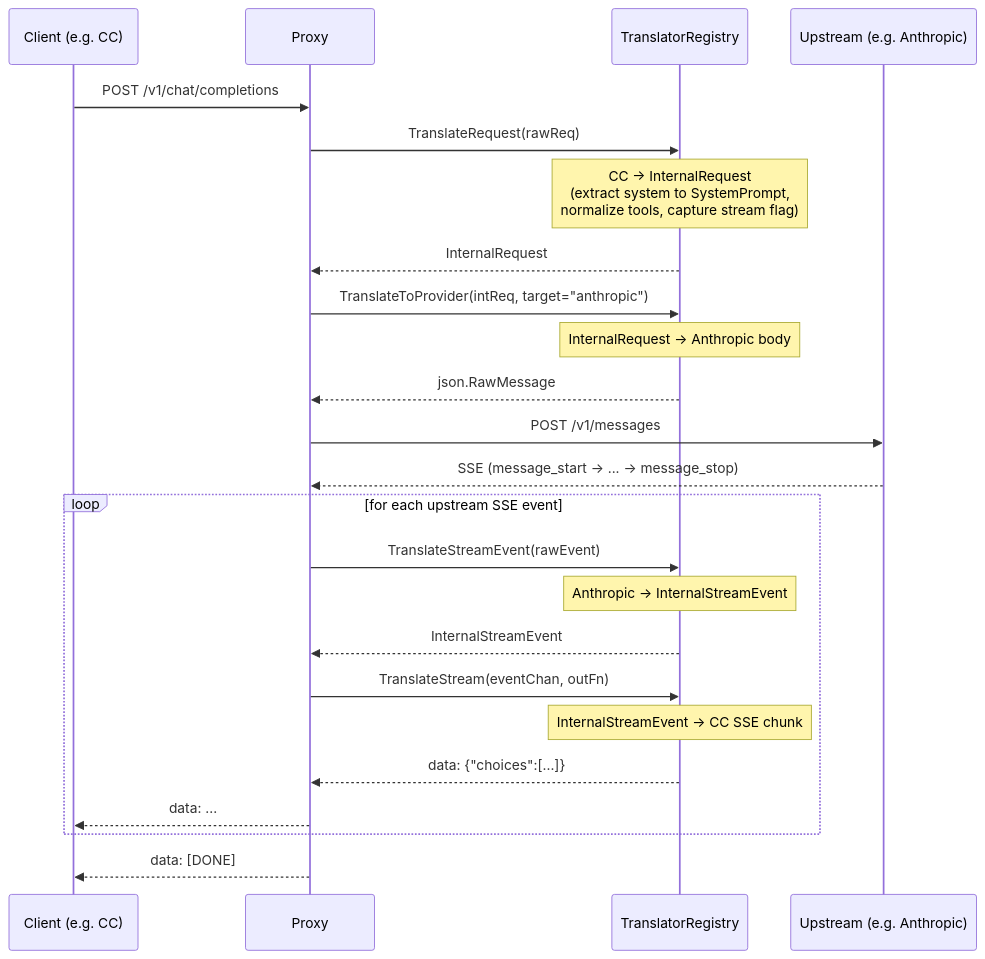
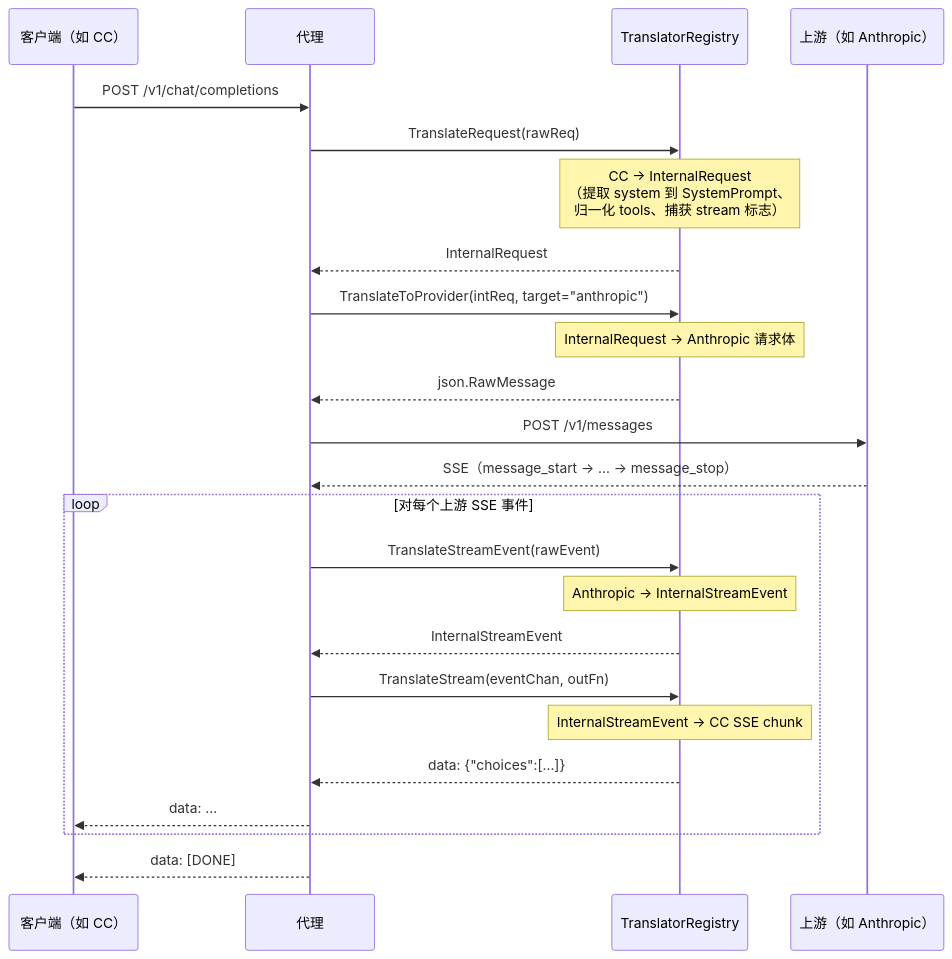
The third of 8 diagrams in docs/REQUEST_LIFECYCLE.md (yejinlei/agent-proxy), drawn with Mermaid before and after one commit. The commit also changed other lines of this file and 5 other files, not shown here.

Commit message:
docs: fix mermaid quote escaping in 4 Chinese docs + interactive HTML zh

````diff
--- a/docs/REQUEST_LIFECYCLE.md
+++ b/docs/REQUEST_LIFECYCLE.md
@@ -90,30 +90,30 @@
 ```mermaid
 sequenceDiagram
-    participant C as Client (e.g. CC)
-    participant P as Proxy
+    participant C as 客户端（如 CC）
+    participant P as 代理
     participant T as TranslatorRegistry
-    participant U as Upstream (e.g. Anthropic)
+    participant U as 上游（如 Anthropic）
 
     C->>P: POST /v1/chat/completions
     P->>T: TranslateRequest(rawReq)
-    Note over T: CC → InternalRequest<br/>(extract system to SystemPrompt,<br/>normalize tools, capture stream flag)
+    Note over T: CC → InternalRequest<br/>（提取 system 到 SystemPrompt、<br/>归一化 tools、捕获 stream 标志）
     T-->>P: InternalRequest
 
     P->>T: TranslateToProvider(intReq, target="anthropic")
-    Note over T: InternalRequest → Anthropic body
+    Note over T: InternalRequest → Anthropic 请求体
     T-->>P: json.RawMessage
 
     P->>U: POST /v1/messages
-    U-->>P: SSE (message_start → ... → message_stop)
+    U-->>P: SSE（message_start → … → message_stop）
 
-    loop for each upstream SSE event
+    loop 对每个上游 SSE 事件
         P->>T: TranslateStreamEvent(rawEvent)
         Note over T: Anthropic → InternalStreamEvent
         T-->>P: InternalStreamEvent
         P->>T: TranslateStream(eventChan, outFn)
         Note over T: InternalStreamEvent → CC SSE chunk
         T-->>P: data: {"choices":[...]}
         P-->>C: data: ...
     end
     P-->>C: data: [DONE]
 ```
````
